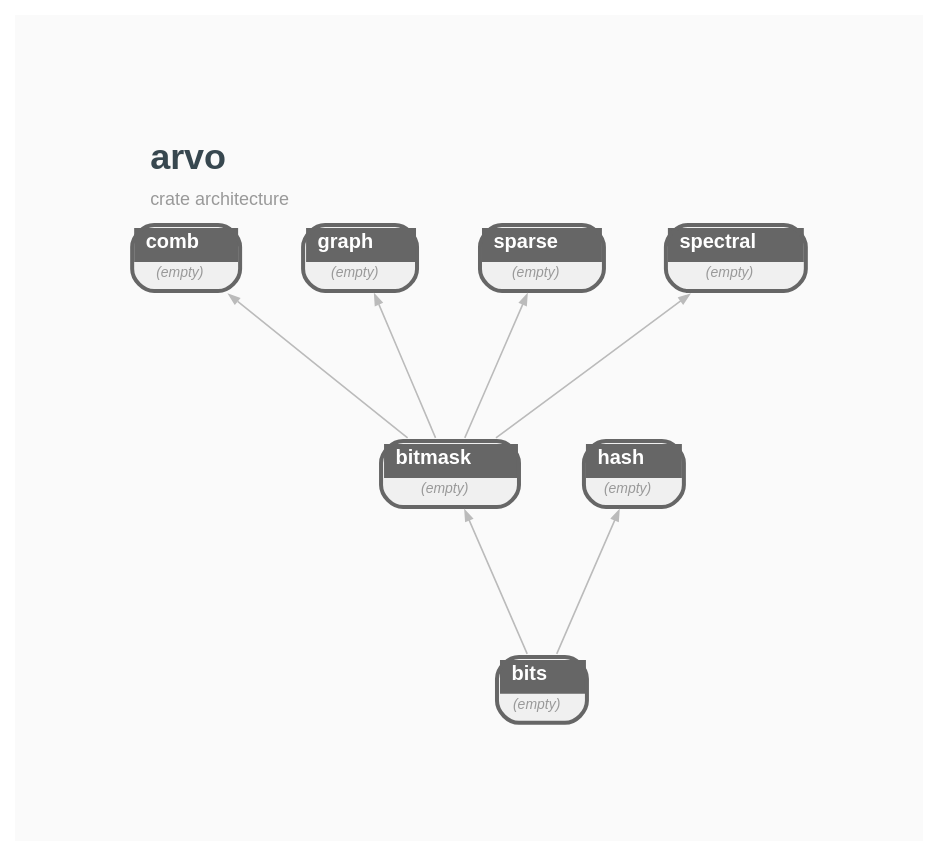
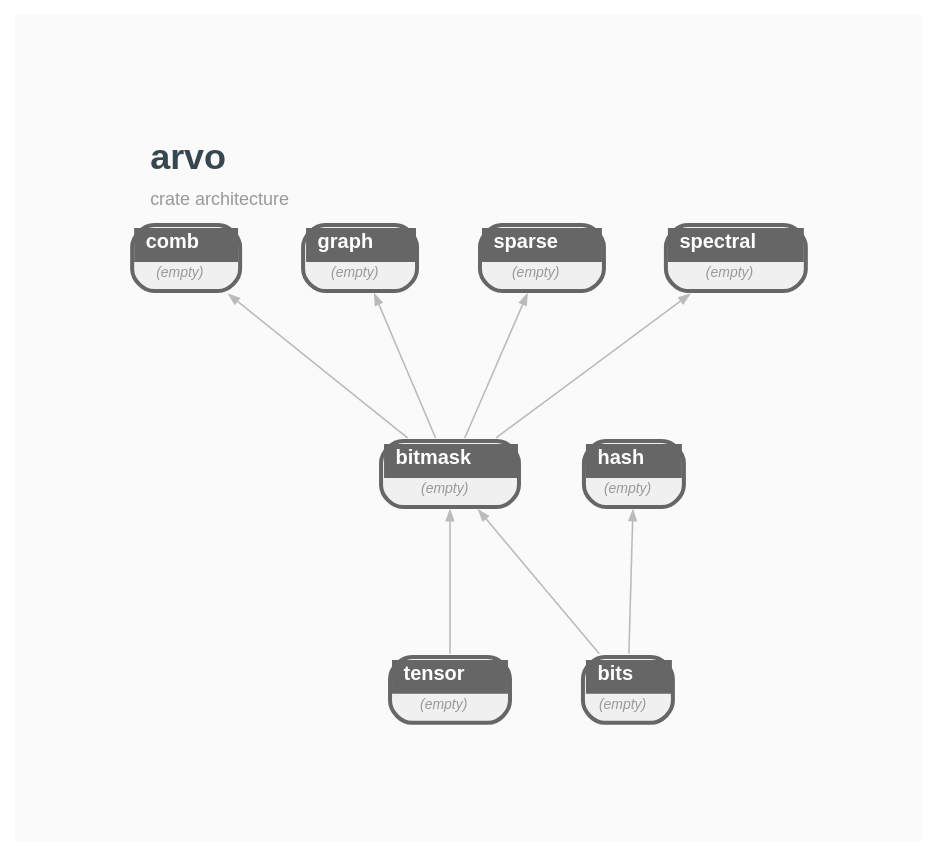
Before and after one commit to orgrinrt/arvo: the diagram in docs/mock_crate_deps.dot, drawn with Graphviz. The commit also changed 20 other files, not shown here.

```diff
--- a/docs/mock_crate_deps.dot
+++ b/docs/mock_crate_deps.dot
@@ -1,41 +1,43 @@
 // AUTO-GENERATED — DO NOT EDIT DIRECTLY
 //
 // Generated by: mockspace (mock)
-// Generated at: 2026-04-20T18:55:06Z
+// Generated at: 2026-04-26T13:17:11Z
 // Source: mock/
 // To regenerate: cargo mock
 
 digraph arvo {
     rankdir=BT;
     newrank=true;
     bgcolor="#FAFAFA";
     graph [fontname="Helvetica", fontsize=10, pad=0.8, nodesep=0.4, ranksep=1.0];
     node [fontname="Helvetica", fontsize=8];
     edge [fontname="Helvetica", fontsize=7, color="#BBBBBB", arrowsize=0.5, penwidth=0.8];
 
     labelloc=t;
     labeljust=l;
     label=<<TABLE BORDER="0" CELLBORDER="0" CELLSPACING="0"><TR><TD ALIGN="LEFT"><FONT POINT-SIZE="18" COLOR="#37474F"><B>arvo</B></FONT></TD></TR><TR><TD ALIGN="LEFT"><FONT POINT-SIZE="9" COLOR="#999999">crate architecture</FONT></TD></TR></TABLE>>;
 
     arvo_bitmask [shape=none, margin=0, label=<<TABLE BORDER="2" CELLBORDER="0" CELLSPACING="0" CELLPADDING="3" BGCOLOR="#F0F0F0" COLOR="#666666" STYLE="ROUNDED"><TR><TD COLSPAN="2" BGCOLOR="#666666" ALIGN="CENTER"><FONT COLOR="white" POINT-SIZE="10"><B>  bitmask  </B></FONT></TD></TR><TR><TD COLSPAN="2"><FONT COLOR="#999999" POINT-SIZE="7"><I>(empty)</I></FONT></TD></TR></TABLE>>];
     arvo_bits [shape=none, margin=0, label=<<TABLE BORDER="2" CELLBORDER="0" CELLSPACING="0" CELLPADDING="3" BGCOLOR="#F0F0F0" COLOR="#666666" STYLE="ROUNDED"><TR><TD COLSPAN="2" BGCOLOR="#666666" ALIGN="CENTER"><FONT COLOR="white" POINT-SIZE="10"><B>  bits  </B></FONT></TD></TR><TR><TD COLSPAN="2"><FONT COLOR="#999999" POINT-SIZE="7"><I>(empty)</I></FONT></TD></TR></TABLE>>];
     arvo_comb [shape=none, margin=0, label=<<TABLE BORDER="2" CELLBORDER="0" CELLSPACING="0" CELLPADDING="3" BGCOLOR="#F0F0F0" COLOR="#666666" STYLE="ROUNDED"><TR><TD COLSPAN="2" BGCOLOR="#666666" ALIGN="CENTER"><FONT COLOR="white" POINT-SIZE="10"><B>  comb  </B></FONT></TD></TR><TR><TD COLSPAN="2"><FONT COLOR="#999999" POINT-SIZE="7"><I>(empty)</I></FONT></TD></TR></TABLE>>];
     arvo_graph [shape=none, margin=0, label=<<TABLE BORDER="2" CELLBORDER="0" CELLSPACING="0" CELLPADDING="3" BGCOLOR="#F0F0F0" COLOR="#666666" STYLE="ROUNDED"><TR><TD COLSPAN="2" BGCOLOR="#666666" ALIGN="CENTER"><FONT COLOR="white" POINT-SIZE="10"><B>  graph  </B></FONT></TD></TR><TR><TD COLSPAN="2"><FONT COLOR="#999999" POINT-SIZE="7"><I>(empty)</I></FONT></TD></TR></TABLE>>];
     arvo_hash [shape=none, margin=0, label=<<TABLE BORDER="2" CELLBORDER="0" CELLSPACING="0" CELLPADDING="3" BGCOLOR="#F0F0F0" COLOR="#666666" STYLE="ROUNDED"><TR><TD COLSPAN="2" BGCOLOR="#666666" ALIGN="CENTER"><FONT COLOR="white" POINT-SIZE="10"><B>  hash  </B></FONT></TD></TR><TR><TD COLSPAN="2"><FONT COLOR="#999999" POINT-SIZE="7"><I>(empty)</I></FONT></TD></TR></TABLE>>];
     arvo_sparse [shape=none, margin=0, label=<<TABLE BORDER="2" CELLBORDER="0" CELLSPACING="0" CELLPADDING="3" BGCOLOR="#F0F0F0" COLOR="#666666" STYLE="ROUNDED"><TR><TD COLSPAN="2" BGCOLOR="#666666" ALIGN="CENTER"><FONT COLOR="white" POINT-SIZE="10"><B>  sparse  </B></FONT></TD></TR><TR><TD COLSPAN="2"><FONT COLOR="#999999" POINT-SIZE="7"><I>(empty)</I></FONT></TD></TR></TABLE>>];
     arvo_spectral [shape=none, margin=0, label=<<TABLE BORDER="2" CELLBORDER="0" CELLSPACING="0" CELLPADDING="3" BGCOLOR="#F0F0F0" COLOR="#666666" STYLE="ROUNDED"><TR><TD COLSPAN="2" BGCOLOR="#666666" ALIGN="CENTER"><FONT COLOR="white" POINT-SIZE="10"><B>  spectral  </B></FONT></TD></TR><TR><TD COLSPAN="2"><FONT COLOR="#999999" POINT-SIZE="7"><I>(empty)</I></FONT></TD></TR></TABLE>>];
+    arvo_tensor [shape=none, margin=0, label=<<TABLE BORDER="2" CELLBORDER="0" CELLSPACING="0" CELLPADDING="3" BGCOLOR="#F0F0F0" COLOR="#666666" STYLE="ROUNDED"><TR><TD COLSPAN="2" BGCOLOR="#666666" ALIGN="CENTER"><FONT COLOR="white" POINT-SIZE="10"><B>  tensor  </B></FONT></TD></TR><TR><TD COLSPAN="2"><FONT COLOR="#999999" POINT-SIZE="7"><I>(empty)</I></FONT></TD></TR></TABLE>>];
 
-    { rank=same; arvo_bits; } // depth 1
+    { rank=same; arvo_bits; arvo_tensor; } // depth 1
     { rank=same; arvo_bitmask; arvo_hash; } // depth 2
     { rank=same; arvo_comb; arvo_graph; arvo_sparse; arvo_spectral; } // depth 3
 
 
     // Dependency edges (transitively reduced)
     arvo_bits -> arvo_bitmask;
+    arvo_tensor -> arvo_bitmask;
     arvo_bitmask -> arvo_comb;
     arvo_bitmask -> arvo_graph;
     arvo_bits -> arvo_hash;
     arvo_bitmask -> arvo_sparse;
     arvo_bitmask -> arvo_spectral;
 
 }
```
